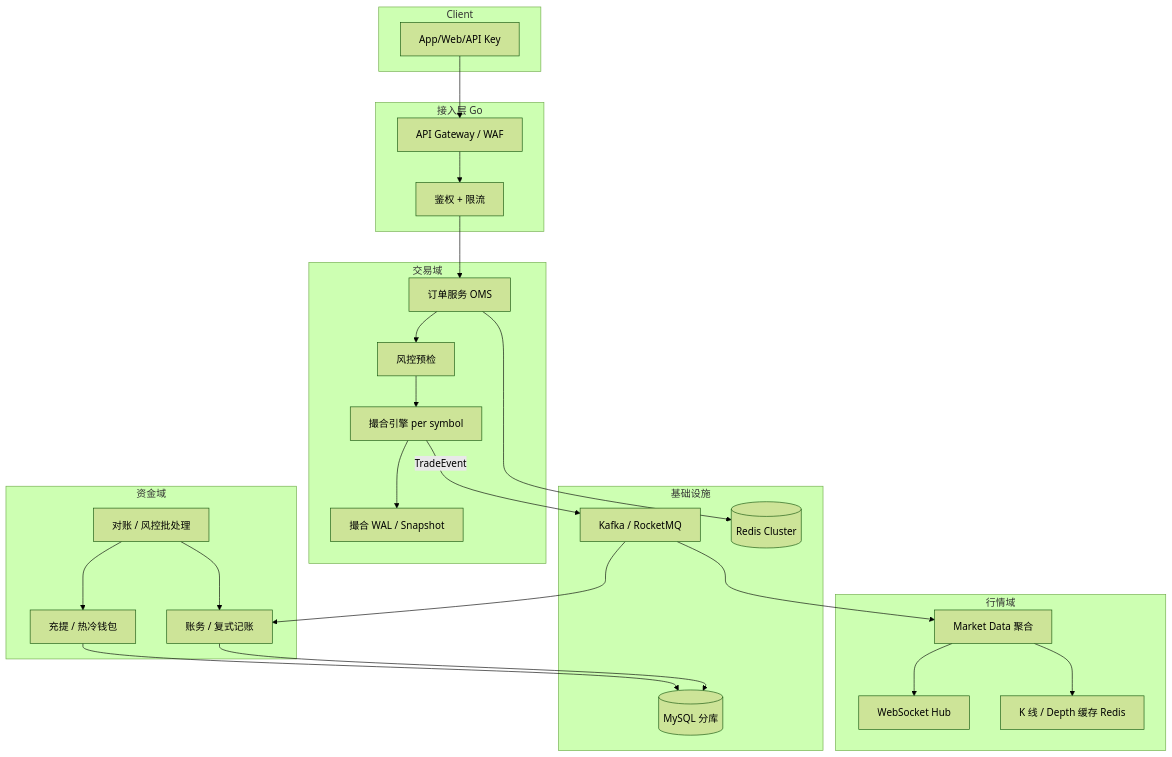
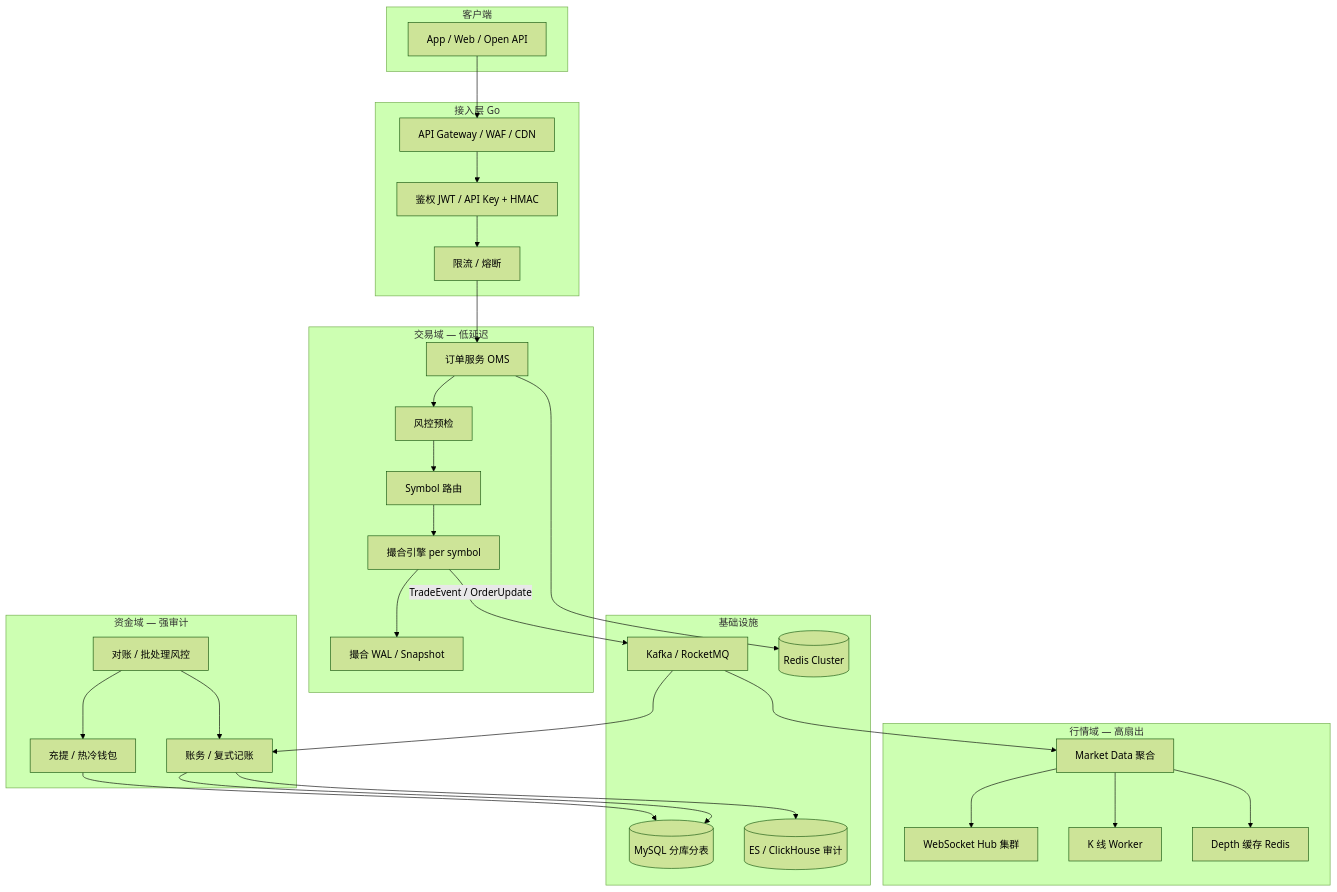
The first of 6 diagrams in docs/interview/14-dex-cex-engineering/S-EXCH-13-cex-end-to-end-architecture.md (twodog-tt/Golang-development-manual), drawn with Mermaid (forest theme) before and after one commit. The commit also changed other lines of this file, not shown here.

First line of the commit message:
Expand CEX end-to-end architecture topic for 45min whiteboard depth.

````diff
--- a/docs/interview/14-dex-cex-engineering/S-EXCH-13-cex-end-to-end-architecture.md
+++ b/docs/interview/14-dex-cex-engineering/S-EXCH-13-cex-end-to-end-architecture.md
@@ -33,44 +34,50 @@
 ```mermaid
 flowchart TB
-  subgraph Client
-    App[App/Web/API Key]
+  subgraph Client[客户端]
+    App[App / Web / Open API]
   end
   subgraph Gateway[接入层 Go]
-    GW[API Gateway / WAF]
-    Auth[鉴权 + 限流]
+    GW[API Gateway / WAF / CDN]
+    Auth[鉴权 JWT / API Key + HMAC]
+    RL[限流 / 熔断]
   end
-  subgraph Trading[交易域]
+  subgraph Trading[交易域 — 低延迟]
     OMS[订单服务 OMS]
     Risk[风控预检]
+    Router[Symbol 路由]
     ME[撮合引擎 per symbol]
     WAL[撮合 WAL / Snapshot]
   end
-  subgraph Fund[资金域]
+  subgraph Fund[资金域 — 强审计]
     Ledger[账务 / 复式记账]
     Wallet[充提 / 热冷钱包]
-    Recon[对账 / 风控批处理]
+    Recon[对账 / 批处理风控]
   end
-  subgraph Market[行情域]
+  subgraph Market[行情域 — 高扇出]
     MD[Market Data 聚合]
-    WS[WebSocket Hub]
-    Kline[K 线 / Depth 缓存 Redis]
+    WS[WebSocket Hub 集群]
+    Kline[K 线 Worker]
+    Depth[Depth 缓存 Redis]
   end
   subgraph Infra[基础设施]
     MQ[Kafka / RocketMQ]
-    DB[(MySQL 分库)]
+    DB[(MySQL 分库分表)]
     Cache[(Redis Cluster)]
+    ES[(ES / ClickHouse 审计)]
   end
-  App --> GW --> Auth --> OMS
-  OMS --> Risk --> ME
+  App --> GW --> Auth --> RL --> OMS
+  OMS --> Risk --> Router --> ME
   ME --> WAL
-  ME -->|TradeEvent| MQ
+  ME -->|TradeEvent / OrderUpdate| MQ
   MQ --> Ledger
   MQ --> MD
   MD --> WS
   MD --> Kline
+  MD --> Depth
   Ledger --> DB
   Wallet --> DB
   OMS --> Cache
   Recon --> Ledger
   Recon --> Wallet
+  Ledger --> ES
 ```
````
